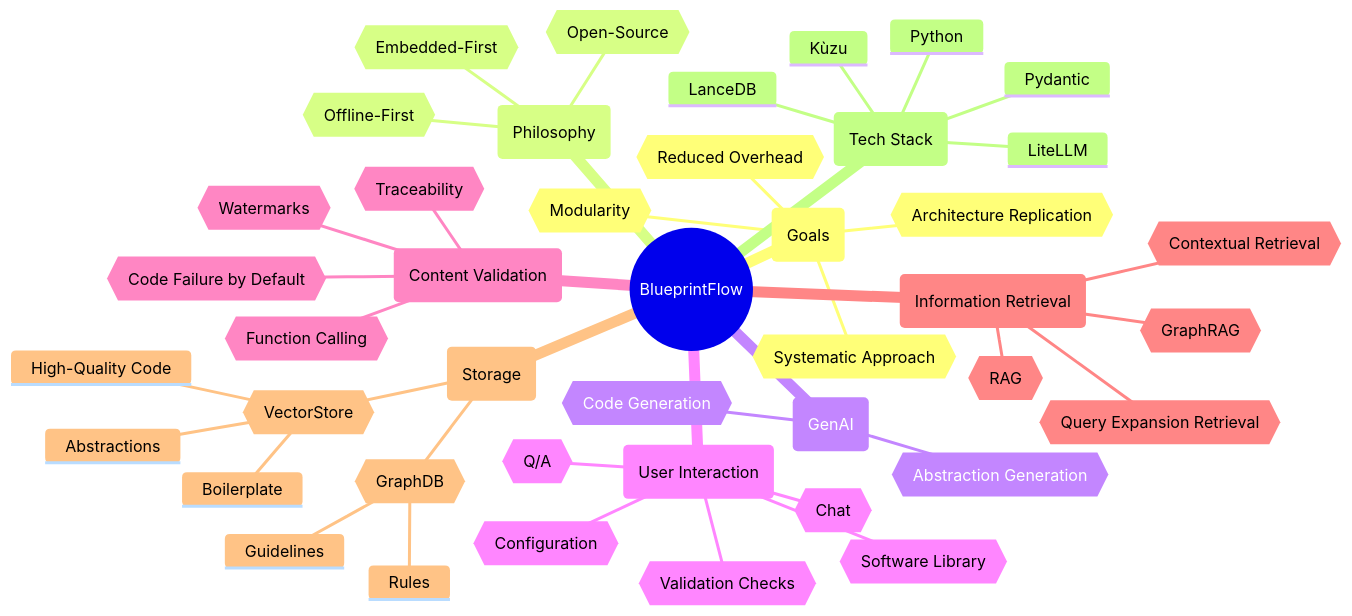
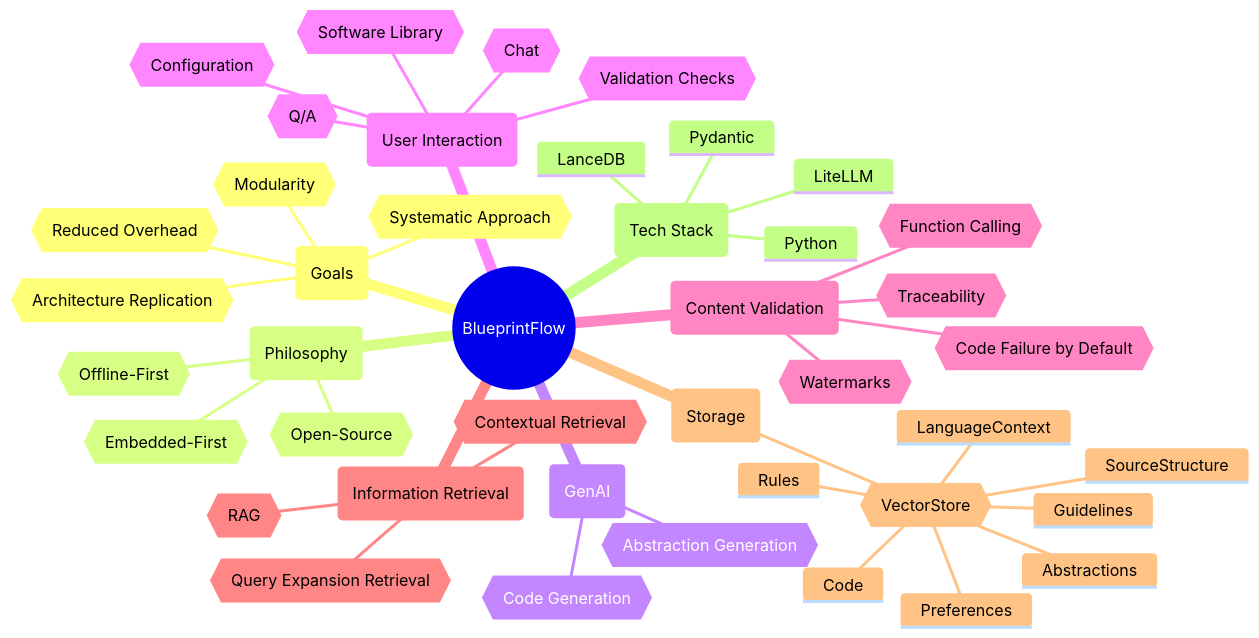
Before and after one commit to oceord/blueprintflow: the diagram in .docs/mindmap.md, drawn with Mermaid.

Commit message:
Update mindmap

````diff
--- a/.docs/mindmap.md
+++ b/.docs/mindmap.md
@@ -3,46 +3,45 @@
 ```mermaid
 mindmap
     ((BlueprintFlow))
         (Goals)
             {{Systematic Approach}}
             {{Architecture Replication}}
             {{Modularity}}
             {{Reduced Overhead}}
         (Philosophy)
             {{Offline-First}}
             {{Embedded-First}}
             {{Open-Source}}
         (GenAI)
             {{Code Generation}}
             {{Abstraction Generation}}
         (User Interaction)
             {{Q/A}}
             {{Chat}}
             {{Configuration}}
             {{Software Library}}
             {{Validation Checks}}
         (Content Validation)
             {{Code Failure by Default}}
             {{Function Calling}}
             {{Traceability}}
             {{Watermarks}}
         (Information Retrieval)
             {{RAG}}
-            {{GraphRAG}}
             {{Contextual Retrieval}}
             {{Query Expansion Retrieval}}
         (Storage)
             {{VectorStore}}
+                LanguageContext
+                Preferences
+                Rules
+                Guidelines
+                SourceStructure
                 Abstractions
-                Boilerplate
-                High-Quality Code
-            {{GraphDB}}
-                Guidelines
-                Rules
+                Code
         (Tech Stack)
             Python
             LiteLLM
             Pydantic
             LanceDB
-            Kùzu
 ```
````
